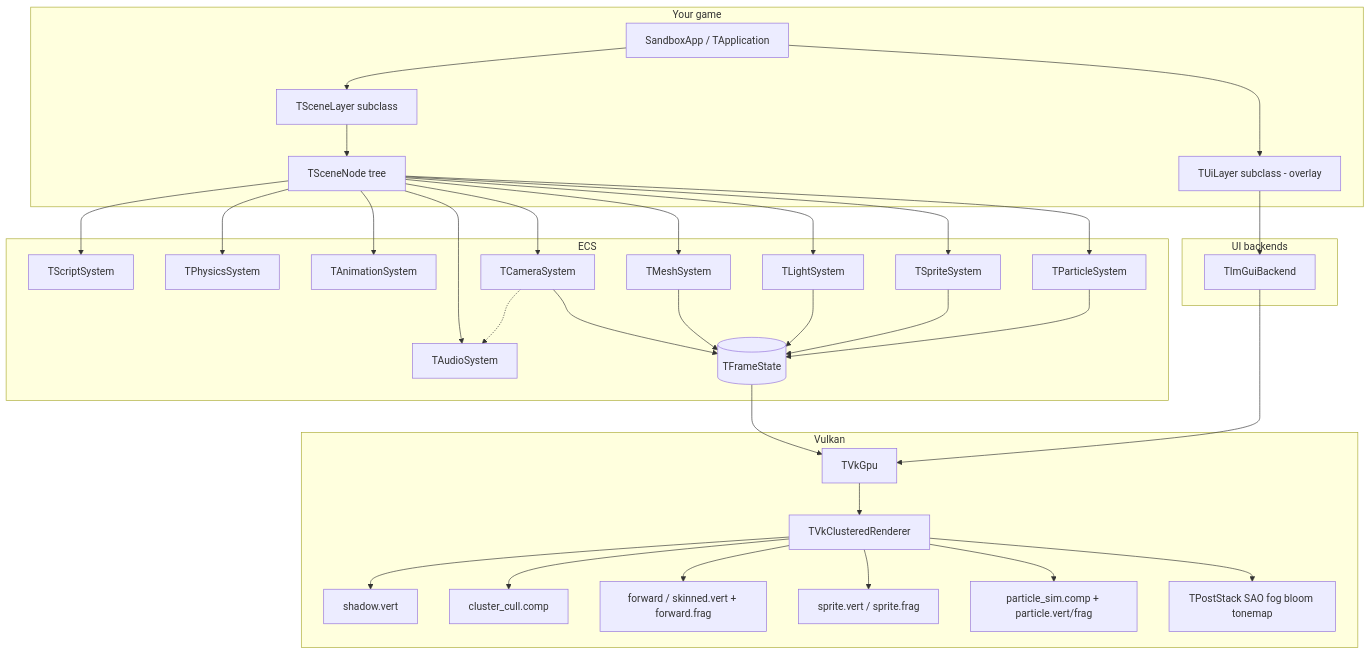
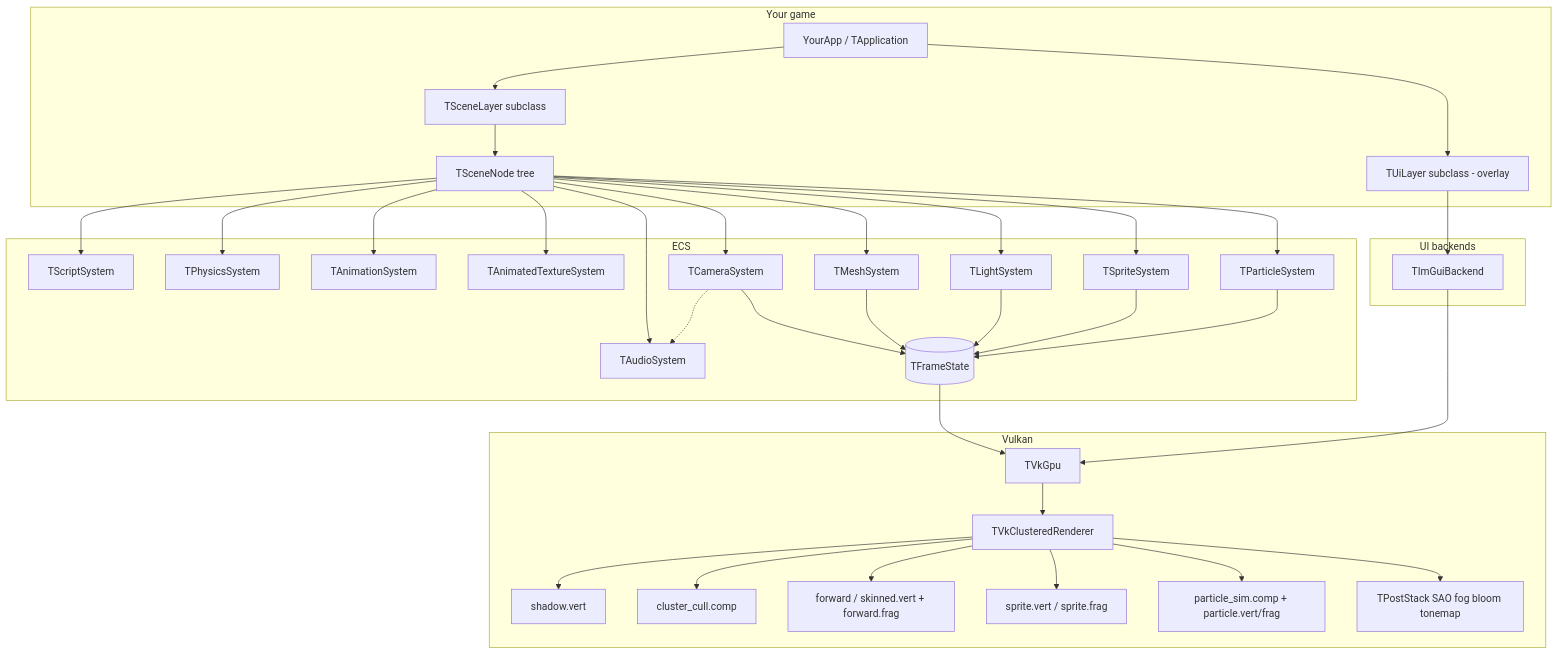
One commit to dstuden/TomosEngine changed the first of 2 diagrams in docs/DEVELOPING.md. Above: the diagram before and after it, drawn with Mermaid. The commit also changed other lines of this file and 256 other files, not shown here.

````diff
--- a/docs/DEVELOPING.md
+++ b/docs/DEVELOPING.md
@@ -116,66 +117,68 @@
 ```mermaid
 flowchart TB
   subgraph App["Your game"]
-    SA[SandboxApp / TApplication]
+    SA[YourApp / TApplication]
     SL[TSceneLayer subclass]
     UL[TUiLayer subclass - overlay]
     SN[TSceneNode tree]
   end
 
   subgraph ECS["ECS"]
     SCR[TScriptSystem]
     PHYS[TPhysicsSystem]
     ANIM[TAnimationSystem]
+    ATEX[TAnimatedTextureSystem]
     CAM[TCameraSystem]
     MESH[TMeshSystem]
     LIT[TLightSystem]
     SPR[TSpriteSystem]
     PAR[TParticleSystem]
     AUD[TAudioSystem]
     FS[(TFrameState)]
   end
 
   subgraph UI["UI backends"]
     IMB[TImGuiBackend]
   end
 
   subgraph GPU["Vulkan"]
     VK[TVkGpu]
     CR[TVkClusteredRenderer]
     SH[shadow.vert]
     CC[cluster_cull.comp]
     FW[forward / skinned.vert + forward.frag]
     SP[sprite.vert / sprite.frag]
     PT[particle_sim.comp + particle.vert/frag]
     PS[TPostStack SAO fog bloom tonemap]
   end
 
   SA --> SL
   SA --> UL
   UL --> IMB
   SL --> SN
   SN --> SCR
   SN --> PHYS
   SN --> ANIM
+  SN --> ATEX
   SN --> CAM
   SN --> MESH
   SN --> LIT
   SN --> SPR
   SN --> PAR
   SN --> AUD
   CAM --> FS
   MESH --> FS
   LIT --> FS
   SPR --> FS
   PAR --> FS
   CAM -.-> AUD
   FS --> VK
   VK --> CR
   CR --> SH
   CR --> CC
   CR --> FW
   CR --> SP
   CR --> PT
   CR --> PS
   IMB --> VK
 ```
````
